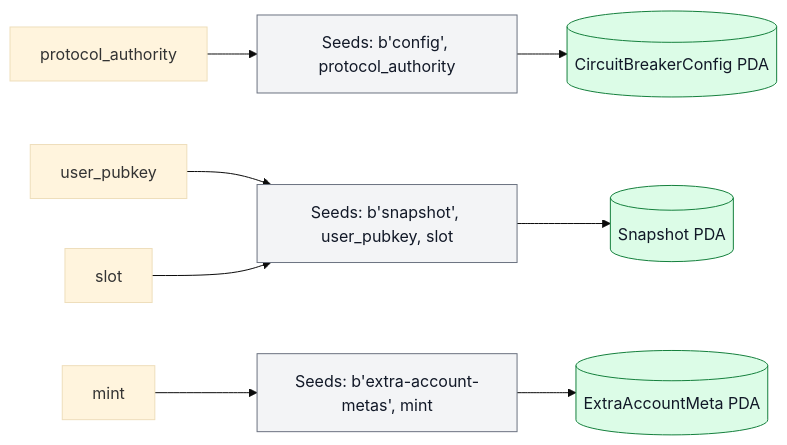
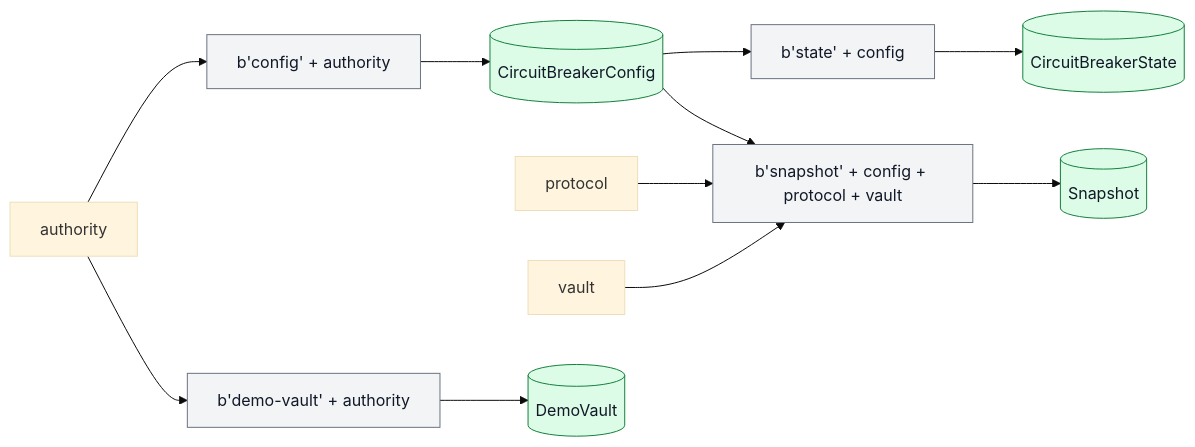
The second of 6 diagrams in docs/ARCHITECTURE.md (Pritam-deb/Aegis), drawn with Mermaid (base theme) before and after one commit. The commit also changed other lines of this file, not shown here.

Commit message:
updated architecture

````diff
--- a/docs/ARCHITECTURE.md
+++ b/docs/ARCHITECTURE.md
@@ -221,27 +242,30 @@
 ```mermaid
 flowchart LR
-    Authority["protocol_authority"]
-    User["user_pubkey"]
-    Slot["slot"]
-    Mint["mint"]
+    Authority["authority"]
+    ConfigSeed["b'config' + authority"]
+    Config[("CircuitBreakerConfig")]
 
-    ConfigSeed["Seeds: b'config', protocol_authority"]
-    SnapshotSeed["Seeds: b'snapshot', user_pubkey, slot"]
-    ExtraSeed["Seeds: b'extra-account-metas', mint"]
+    StateSeed["b'state' + config"]
+    State[("CircuitBreakerState")]
 
-    Config[("CircuitBreakerConfig PDA")]
-    Snapshot[("Snapshot PDA")]
-    Extra[("ExtraAccountMeta PDA")]
+    Protocol["protocol"]
+    Vault["vault"]
+    SnapshotSeed["b'snapshot' + config + protocol + vault"]
+    Snapshot[("Snapshot")]
+
+    DemoSeed["b'demo-vault' + authority"]
+    DemoVault[("DemoVault")]
 
     Authority --> ConfigSeed --> Config
-    User --> SnapshotSeed
-    Slot --> SnapshotSeed
+    Config --> StateSeed --> State
+    Config --> SnapshotSeed
+    Protocol --> SnapshotSeed
+    Vault --> SnapshotSeed
     SnapshotSeed --> Snapshot
-    Mint --> ExtraSeed --> Extra
+    Authority --> DemoSeed --> DemoVault
 
     classDef pda fill:#dcfce7,stroke:#15803d,color:#111827
     classDef seed fill:#f3f4f6,stroke:#6b7280,color:#111827
-
-    class Config,Snapshot,Extra pda
-    class ConfigSeed,SnapshotSeed,ExtraSeed seed
+    class Config,State,Snapshot,DemoVault pda
+    class ConfigSeed,StateSeed,SnapshotSeed,DemoSeed seed
 ```
````
